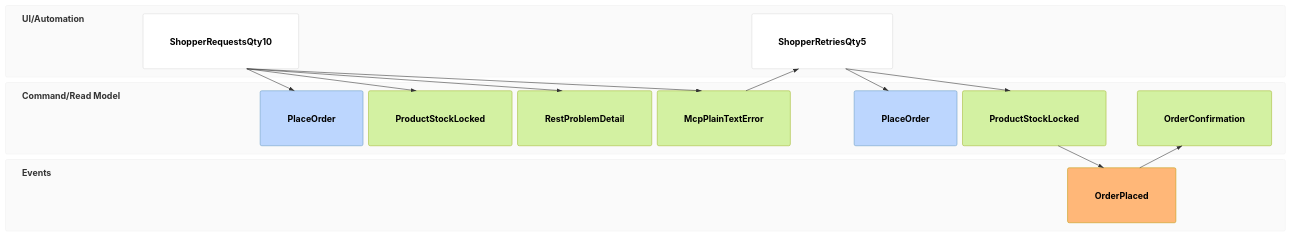
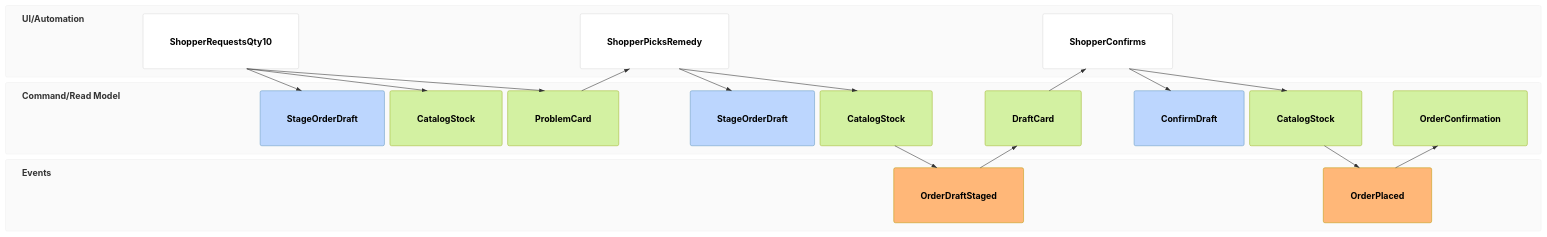
One commit to vungdv/hometask1 changed the second of 2 diagrams in src/java/03-Polaris/docs/technical/event-models/EM-001-order-staging-out-of-stock-exception.md. Above: the diagram before and after it, drawn with Mermaid. The commit also changed other lines of this file, not shown here.

````diff
--- a/src/java/03-Polaris/docs/technical/event-models/EM-001-order-staging-out-of-stock-exception.md
+++ b/src/java/03-Polaris/docs/technical/event-models/EM-001-order-staging-out-of-stock-exception.md
@@ -39,13 +39,17 @@
 ```mermaid
 eventmodeling
 tf 01 ui ShopperRequestsQty10
-tf 02 cmd PlaceOrder
-tf 03 rmo ProductStockLocked
-tf 04 rmo RestProblemDetail
-tf 05 rmo McpPlainTextError
-tf 06 ui ShopperRetriesQty5
-tf 07 cmd PlaceOrder
-tf 08 rmo ProductStockLocked
-tf 09 evt OrderPlaced
-tf 10 rmo OrderConfirmation ->> 09
+tf 02 cmd StageOrderDraft
+tf 03 rmo CatalogStock
+tf 04 rmo ProblemCard
+tf 05 ui ShopperPicksRemedy
+tf 06 cmd StageOrderDraft
+tf 07 rmo CatalogStock
+tf 08 evt OrderDraftStaged
+tf 09 rmo DraftCard ->> 08
+tf 10 ui ShopperConfirms
+tf 11 cmd ConfirmDraft
+tf 12 rmo CatalogStock
+tf 13 evt OrderPlaced
+tf 14 rmo OrderConfirmation ->> 13
 ```
````
